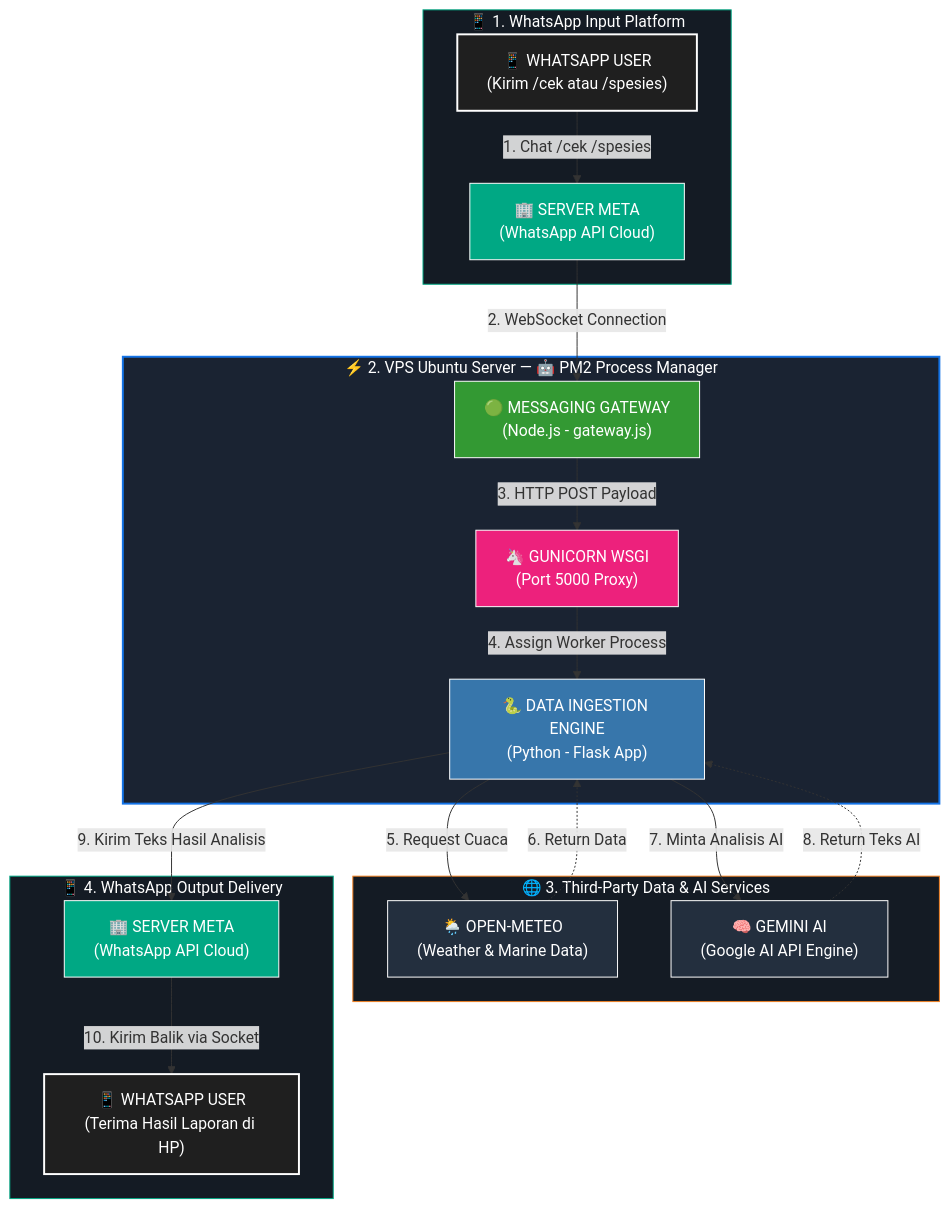
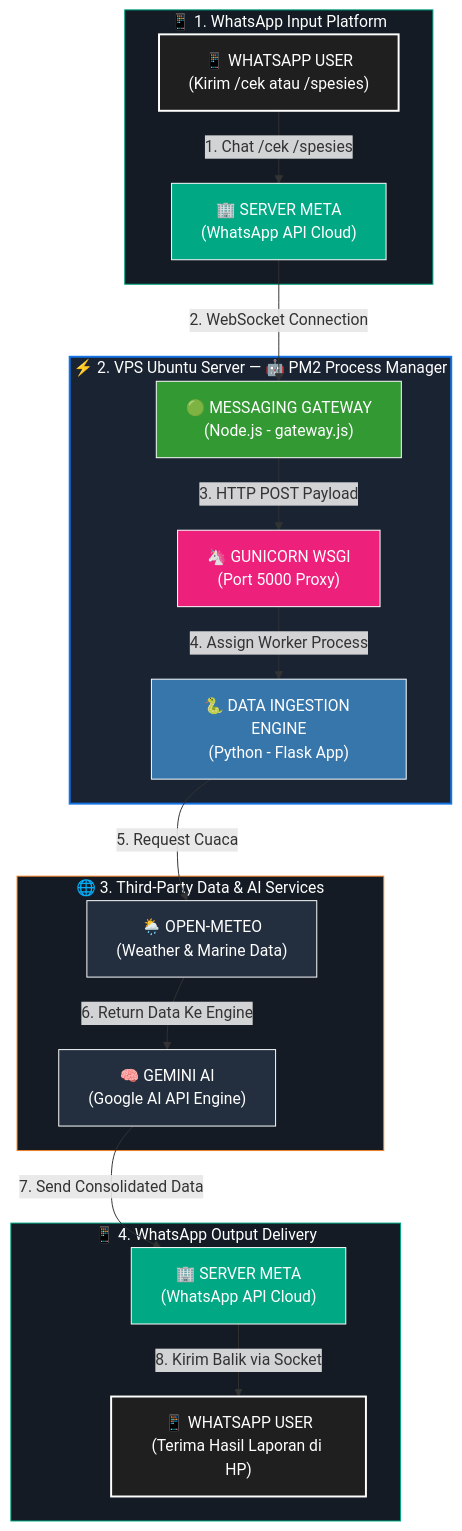
Before and after one commit to AdienDendra/architect-web: the diagram in content.id/projects/bot-fishing.md, drawn with Mermaid.

```diff
--- a/content.id/projects/bot-fishing.md
+++ b/content.id/projects/bot-fishing.md
@@ -60,59 +60,62 @@
 {{< mermaid >}}
 graph TD
     %% Define Styles
     classDef user fill:#1f1f1f,stroke:#fff,stroke-width:2px,color:#fff;
     classDef meta fill:#00a884,stroke:#fff,stroke-width:1px,color:#fff;
     classDef nodejs fill:#339933,stroke:#fff,stroke-width:1px,color:#fff;
     classDef guni fill:#ed217c,stroke:#fff,stroke-width:1px,color:#fff;
     classDef python fill:#3776AB,stroke:#fff,stroke-width:1px,color:#fff;
     classDef external fill:#232F3E,stroke:#fff,stroke-width:1px,color:#fff;
 
-    %% === LAPIS 1: INPUT PLATFORM (ATAS) ===
+    %% === LAPIS 1: INPUT PLATFORM ===
     subgraph IN_SPACE ["📱 1. WhatsApp Input Platform"]
         UserIn["📱 WHATSAPP USER<br>(Kirim /cek atau /spesies)"]:::user
         MetaIn["🏢 SERVER META<br>(WhatsApp API Cloud)"]:::meta
     end
 
-    %% === LAPIS 2: CORE SERVER PROCESSING (TENGAH) ===
+    %% === LAPIS 2: CORE SERVER PROCESSING ===
     subgraph VPS ["⚡ 2. VPS Ubuntu Server — 🤖 PM2 Process Manager"]
         NodeApp["🟢 MESSAGING GATEWAY<br>(Node.js - gateway.js)"]:::nodejs
         GuniMaster["🦄 GUNICORN WSGI<br>(Port 5000 Proxy)"]:::guni
         MainPy["🐍 DATA INGESTION ENGINE<br>(Python - Flask App)"]:::python
     end
 
-    %% === LAPIS 3: EXTERNAL API (BAWAH) ===
+    %% === LAPIS 3: EXTERNAL API (KITA PAKSA SEJAJAR DI BAWAH VPS) ===
     subgraph API_SPACE ["🌐 3. Third-Party Data & AI Services"]
         BOM["🌦️ OPEN-METEO<br>(Weather & Marine Data)"]:::external
         Gemini["🧠 GEMINI AI<br>(Google AI API Engine)"]:::external
     end
 
-    %% === LAPIS 4: OUTPUT PLATFORM (PALING BAWAH) ===
+    %% === LAPIS 4: OUTPUT PLATFORM ===
     subgraph OUT_SPACE ["📱 4. WhatsApp Output Delivery"]
         MetaOut["🏢 SERVER META<br>(WhatsApp API Cloud)"]:::meta
         UserOut["📱 WHATSAPP USER<br>(Terima Hasil Laporan di HP)"]:::user
     end
 
-    %% === FLOW ALUR SEKUENSIAL (MURNI LURUS SATU ARAH KE BAWAH) ===
-    %% Fase Masuk
+    %% === FLOW ALUR SEKUENSIAL LINEAR (100% TURUN KE BAWAH) ===
     UserIn -->|1. Chat /cek /spesies| MetaIn
     MetaIn -->|2. WebSocket Connection| NodeApp
     NodeApp -->|3. HTTP POST Payload| GuniMaster
     GuniMaster -->|4. Assign Worker Process| MainPy
     
-    %% Fase Data
+    %% Alur data dipaksa turun terus ke bawah, tidak memutar balik ke atas
     MainPy -->|5. Request Cuaca| BOM
-    BOM -.->|6. Return Data| MainPy
-    MainPy -->|7. Minta Analisis AI| Gemini
-    Gemini -.->|8. Return Teks AI| MainPy
+    BOM -->|6. Return Data Ke Engine| Gemini
+    Gemini -->|7. Send Consolidated Data| MetaOut
     
-    %% Fase Keluar (Dipaksa lanjut ke bawah, tidak melompat balik ke atas)
-    MainPy -->|9. Kirim Teks Hasil Analisis| MetaOut
-    MetaOut -->|10. Kirim Balik via Socket| UserOut
+    %% Fase Akhir Pengiriman
+    MetaOut -->|8. Kirim Balik via Socket| UserOut
+
+    %% LINK GAIB PENGUNCI GRAVITASI VERTIKAL (Memaksa kotak nempel ke bawah)
+    MainPy ~~~ BOM
+    MainPy ~~~ Gemini
+    BOM ~~~ MetaOut
+    Gemini ~~~ MetaOut
 
     %% Style Containers
     style IN_SPACE fill:#141b24,stroke:#00a884,stroke-width:1px,color:#fff
     style VPS fill:#1a2332,stroke:#1473e6,stroke-width:2px,color:#fff
     style API_SPACE fill:#141b24,stroke:#f38020,stroke-width:1px,color:#fff
     style OUT_SPACE fill:#141b24,stroke:#00a884,stroke-width:1px,color:#fff
 
 {{< /mermaid >}}
```
